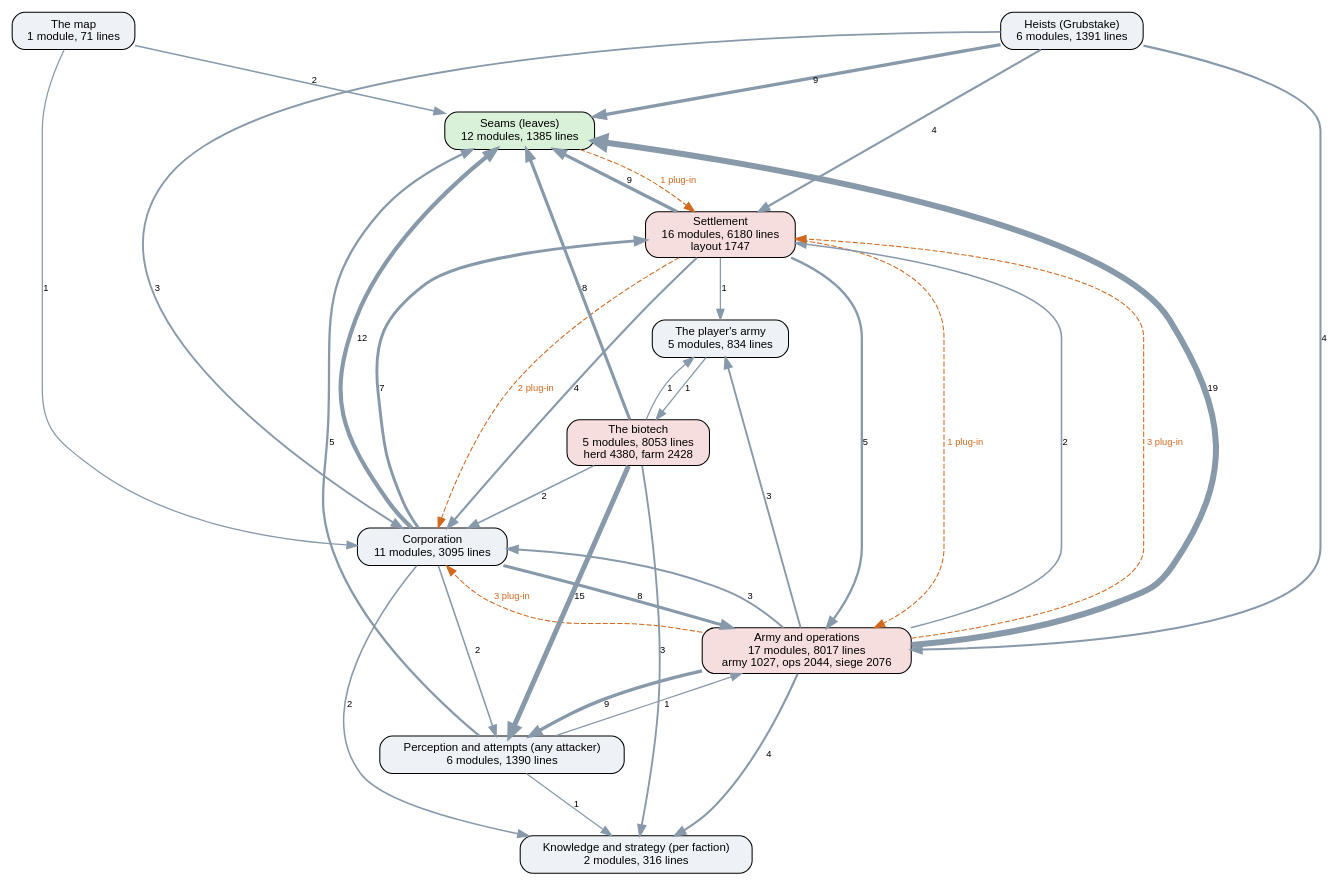
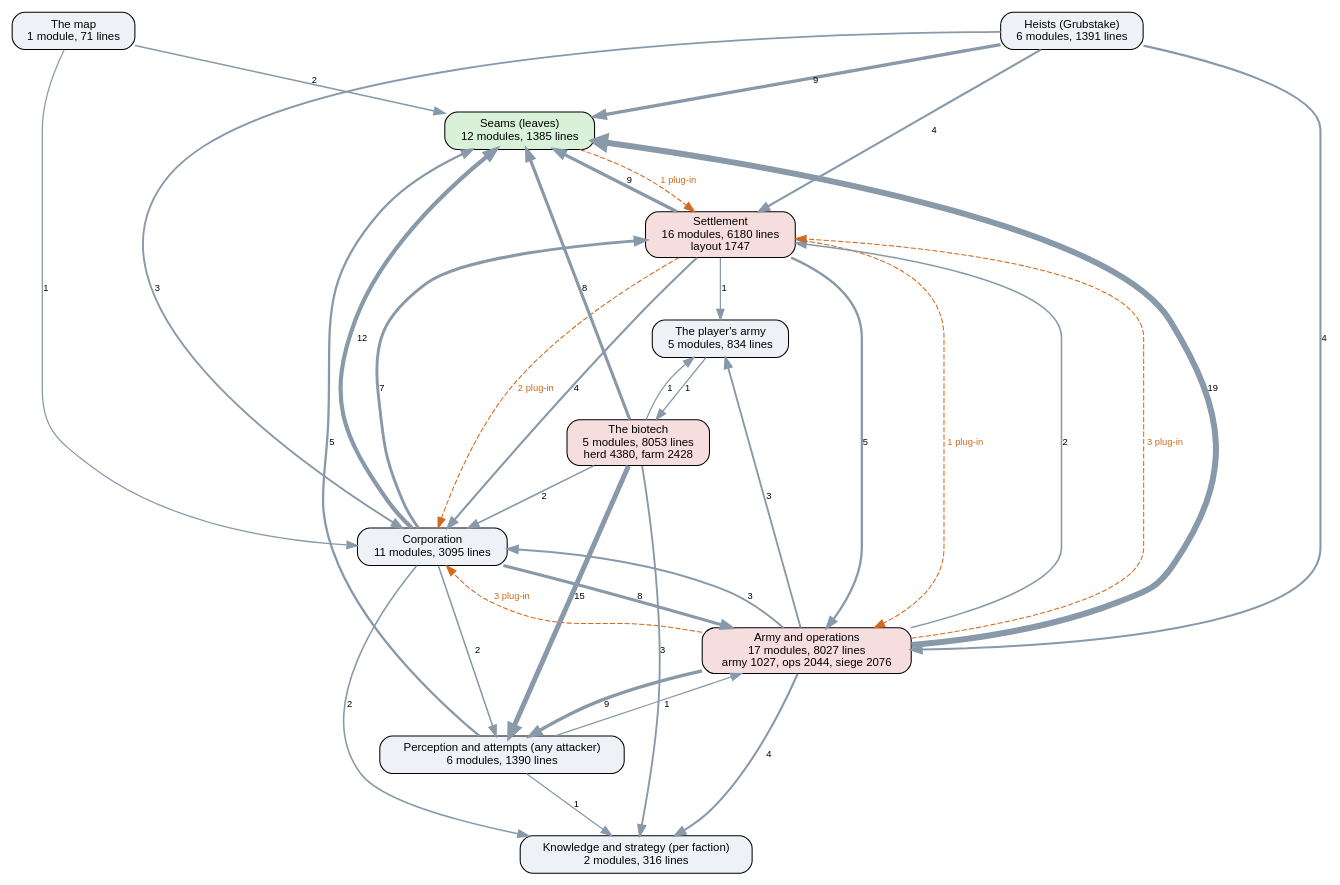
One commit to kinelhu/landing-party changed the diagram in docs/ai-layers.dot. Above: the diagram before and after it, drawn with Graphviz. The commit also changed 11 other files, not shown here.

```diff
--- a/docs/ai-layers.dot
+++ b/docs/ai-layers.dot
@@ -1,50 +1,50 @@
 digraph layers {
   graph [rankdir=TB, fontname="Helvetica", nodesep=0.5, ranksep=0.7];
   node [shape=box, style="rounded,filled", fontname="Helvetica", fontsize=11, fillcolor="#eef2f7"];
   edge [color="#8899aa", fontname="Helvetica", fontsize=9];
   "Seams (leaves)" [label="Seams (leaves)\n12 modules, 1385 lines", fillcolor="#d9f0d9"];
   "Perception and attempts (any attacker)" [label="Perception and attempts (any attacker)\n6 modules, 1390 lines", fillcolor="#eef2f7"];
   "Knowledge and strategy (per faction)" [label="Knowledge and strategy (per faction)\n2 modules, 316 lines", fillcolor="#eef2f7"];
   "Corporation" [label="Corporation\n11 modules, 3095 lines", fillcolor="#eef2f7"];
   "Settlement" [label="Settlement\n16 modules, 6180 lines\nlayout 1747", fillcolor="#f7dede"];
-  "Army and operations" [label="Army and operations\n17 modules, 8017 lines\narmy 1027, ops 2044, siege 2076", fillcolor="#f7dede"];
+  "Army and operations" [label="Army and operations\n17 modules, 8027 lines\narmy 1027, ops 2044, siege 2076", fillcolor="#f7dede"];
   "Heists (Grubstake)" [label="Heists (Grubstake)\n6 modules, 1391 lines", fillcolor="#eef2f7"];
   "The biotech" [label="The biotech\n5 modules, 8053 lines\nherd 4380, farm 2428", fillcolor="#f7dede"];
   "The map" [label="The map\n1 module, 71 lines", fillcolor="#eef2f7"];
   "The player's army" [label="The player's army\n5 modules, 834 lines", fillcolor="#eef2f7"];
   "Army and operations" -> "Corporation" [label="3", penwidth=1.8];
   "Army and operations" -> "Knowledge and strategy (per faction)" [label="4", penwidth=2.0];
   "Army and operations" -> "Perception and attempts (any attacker)" [label="9", penwidth=3.2];
   "Army and operations" -> "Seams (leaves)" [label="19", penwidth=5.8];
   "Army and operations" -> "Settlement" [label="2", penwidth=1.5];
   "Army and operations" -> "The player's army" [label="3", penwidth=1.8];
   "Corporation" -> "Army and operations" [label="8", penwidth=3.0];
   "Corporation" -> "Knowledge and strategy (per faction)" [label="2", penwidth=1.5];
   "Corporation" -> "Perception and attempts (any attacker)" [label="2", penwidth=1.5];
   "Corporation" -> "Seams (leaves)" [label="12", penwidth=4.0];
   "Corporation" -> "Settlement" [label="7", penwidth=2.8];
   "Heists (Grubstake)" -> "Army and operations" [label="4", penwidth=2.0];
   "Heists (Grubstake)" -> "Corporation" [label="3", penwidth=1.8];
   "Heists (Grubstake)" -> "Seams (leaves)" [label="9", penwidth=3.2];
   "Heists (Grubstake)" -> "Settlement" [label="4", penwidth=2.0];
   "Perception and attempts (any attacker)" -> "Army and operations" [label="1", penwidth=1.2];
   "Perception and attempts (any attacker)" -> "Knowledge and strategy (per faction)" [label="1", penwidth=1.2];
   "Perception and attempts (any attacker)" -> "Seams (leaves)" [label="5", penwidth=2.2];
   "Settlement" -> "Army and operations" [label="5", penwidth=2.2];
   "Settlement" -> "Corporation" [label="4", penwidth=2.0];
   "Settlement" -> "Seams (leaves)" [label="9", penwidth=3.2];
   "Settlement" -> "The player's army" [label="1", penwidth=1.2];
   "The biotech" -> "Corporation" [label="2", penwidth=1.5];
   "The biotech" -> "Knowledge and strategy (per faction)" [label="3", penwidth=1.8];
   "The biotech" -> "Perception and attempts (any attacker)" [label="15", penwidth=4.8];
   "The biotech" -> "Seams (leaves)" [label="8", penwidth=3.0];
   "The biotech" -> "The player's army" [label="1", penwidth=1.2];
   "The map" -> "Corporation" [label="1", penwidth=1.2];
   "The map" -> "Seams (leaves)" [label="2", penwidth=1.5];
   "The player's army" -> "The biotech" [label="1", penwidth=1.2];
   "Army and operations" -> "Corporation" [style=dashed, color="#d2691e", fontcolor="#d2691e", label="3 plug-in"];
   "Army and operations" -> "Settlement" [style=dashed, color="#d2691e", fontcolor="#d2691e", label="3 plug-in"];
   "Seams (leaves)" -> "Settlement" [style=dashed, color="#d2691e", fontcolor="#d2691e", label="1 plug-in"];
   "Settlement" -> "Army and operations" [style=dashed, color="#d2691e", fontcolor="#d2691e", label="1 plug-in"];
   "Settlement" -> "Corporation" [style=dashed, color="#d2691e", fontcolor="#d2691e", label="2 plug-in"];
 }
```
